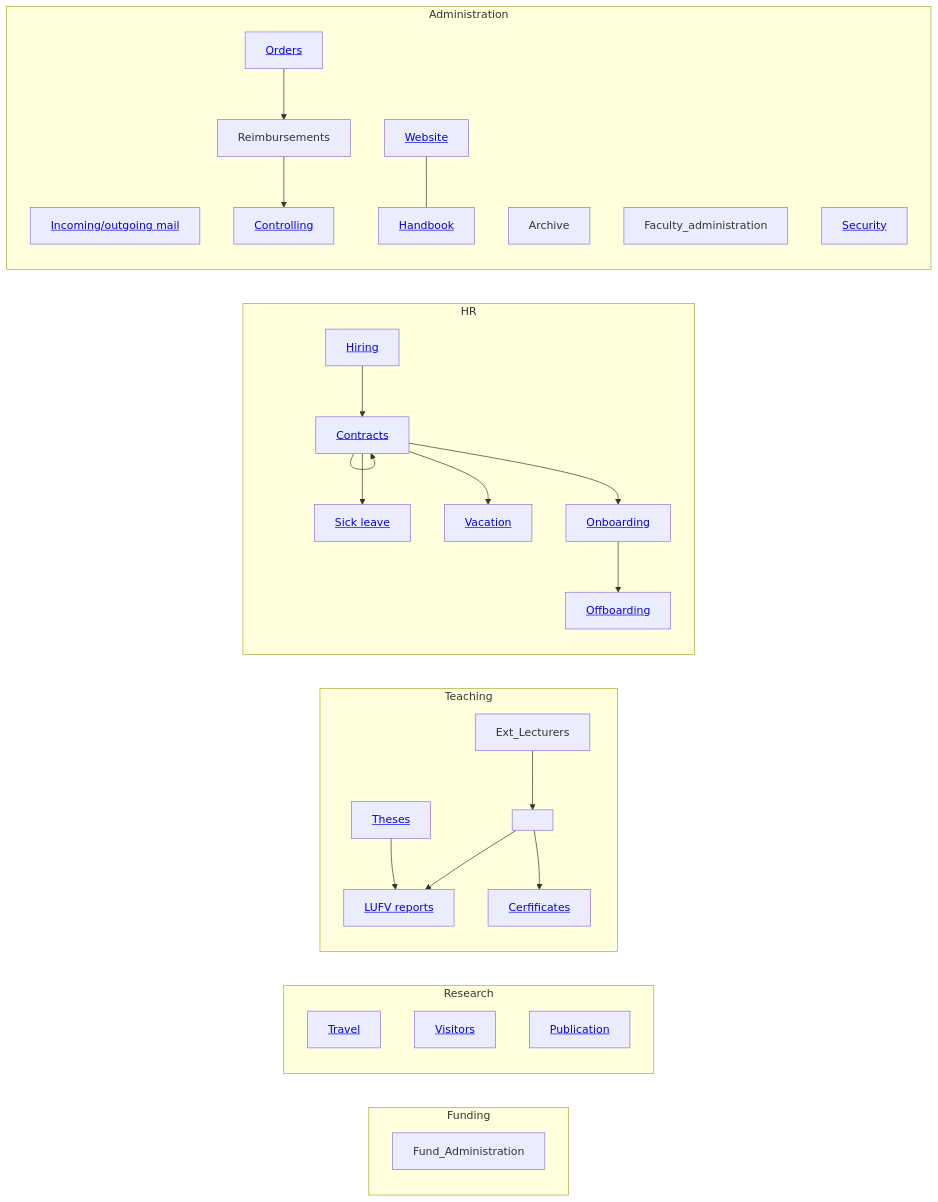
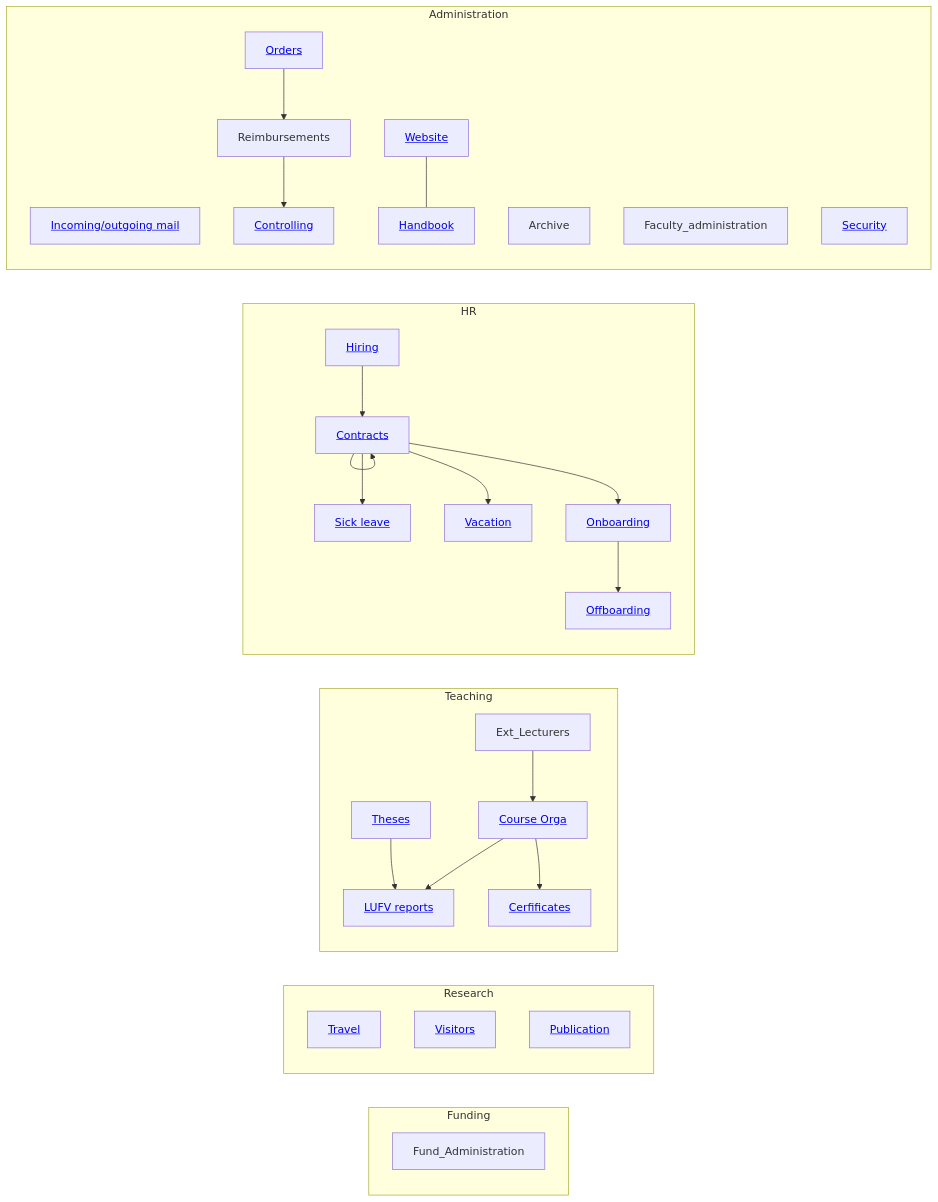
One commit to digital-work-lab/handbook changed the diagram in docs/10-lab/10_processes/10.09.team_assistance.md. Above: the diagram before and after it, drawn with Mermaid.

````diff
--- a/docs/10-lab/10_processes/10.09.team_assistance.md
+++ b/docs/10-lab/10_processes/10.09.team_assistance.md
@@ -13,38 +13,38 @@
 ```mermaid
 flowchart LR
     subgraph Funding
         Fund_Administration
     end
     subgraph Research
         Travel["<a href='10.50.travel.html'>Travel</a>"]
         Visitors["<a href='10.53.visitors.html'>Visitors</a>"]
         Publications["<a href='../../20-research/20_processes/20.33.publication.html'>Publication</a>"]
     end
     subgraph Teaching
-        Ext_Lecturers --> Course_Orga["<a href='../../30-teaching/30_processes/30.02.courses.html>Course Orga</a>"]
+        Ext_Lecturers --> Course_Orga["<a href='../../30-teaching/30_processes/30.02.courses.html'>Course Orga</a>"]
         Course_Orga --> LUFV["<a href='../../30-teaching/30_processes/30.20.reports.html'>LUFV reports</a>"]
         Theses["<a href='../../30-teaching/30_processes/30.40.theses.html'>Theses</a>"] --> LUFV
         LUFV
         Course_Orga --> Certificates["<a href='../../30-teaching/30_processes/30.51.certificates.html'>Cerfificates</a>"]
     end
     subgraph HR
         Hiring["<a href='10.30.hiring.html'>Hiring</a>"] --> Contracts["<a href='10.31.contracts.html'>Contracts</a>"]
         Contracts --> Contracts
         Contracts --> Onboarding["<a href='10.32.onboarding.html'>Onboarding</a>"]
         Contracts --> Sick_leave["<a href='10.35.sick_leave.html'>Sick leave</a>"]
         Contracts --> Vacation["<a href='10.33.vacation.html'>Vacation</a>"]
         Onboarding --> Offoarding["<a href='10.39.offboarding.html'>Offboarding</a>"]
     end
     subgraph Administration
         Mail["<a href='10.51.mail.html'>Incoming/outgoing mail</a>"]
         Archive
         Faculty_administration
         Orders["<a href='10.52.orders.html'>Orders</a>"] --> Reimbursements
         Reimbursements --> Controlling["<a href='10.70.controlling.html'>Controlling</a>"]
         Controlling
         Website["<a href='10.11.website.html'>Website</a>"] --- Handbook["<a href='10.10.handbook.html'>Handbook</a>"]
         Handbook
         Security["<a href='10.72.security.html'>Security</a>"]
     end
 
 ```
````
